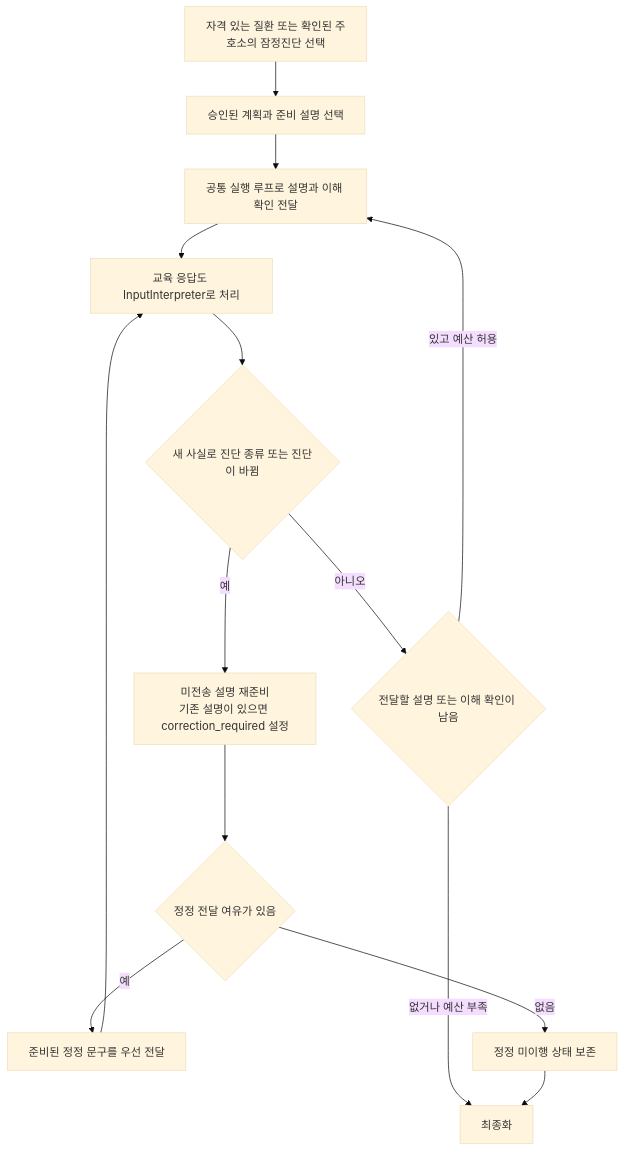
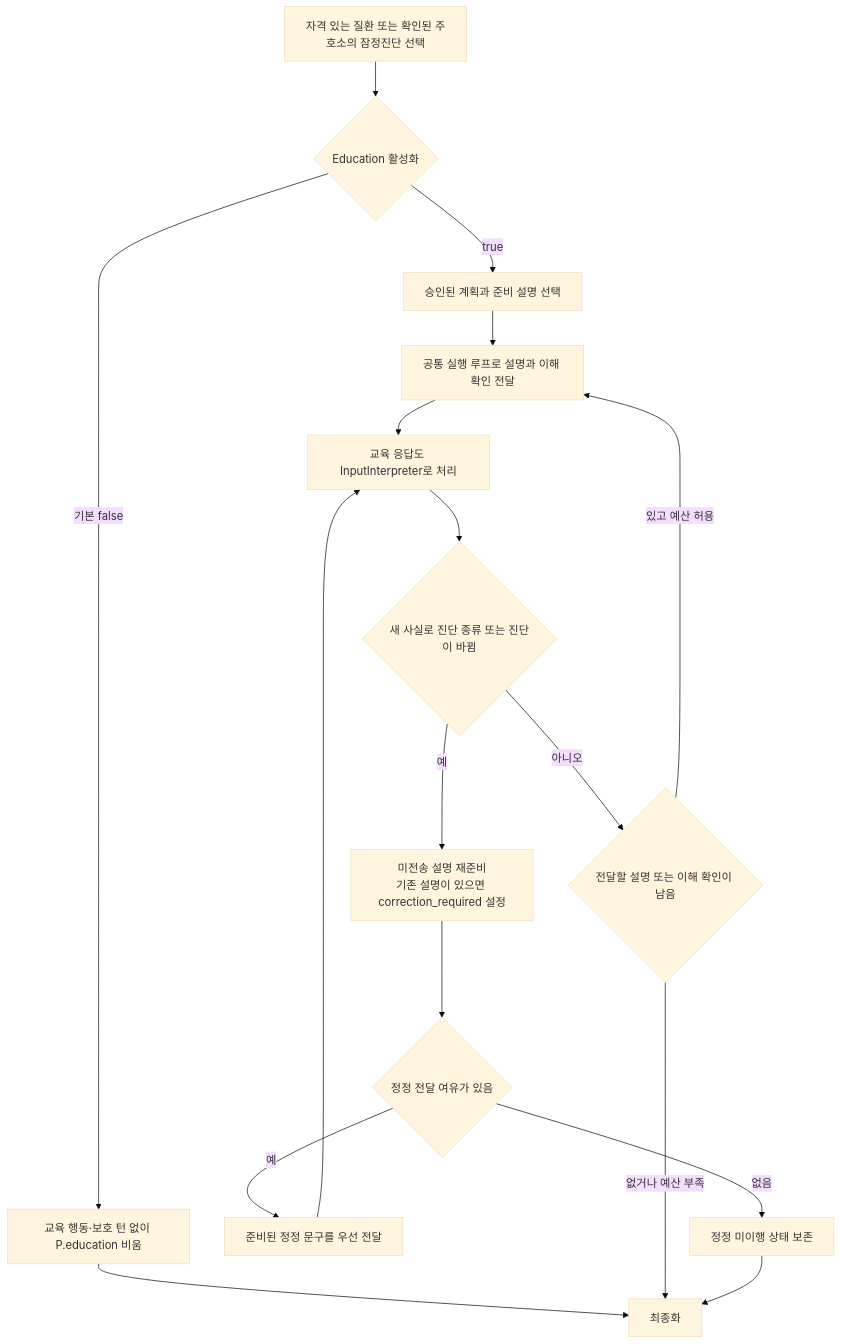
Before and after one commit to devRestain/Ontoward: the sixth of 12 diagrams in submission/README.md, drawn with Mermaid (base theme). The commit also changed other lines of this file and 27 other files, not shown here.

````diff
--- a/submission/README.md
+++ b/submission/README.md
@@ -182,16 +184,19 @@
 ```mermaid
 flowchart TD
-    E0["자격 있는 질환 또는 확인된 주호소의 잠정진단 선택"] --> E1["승인된 계획과 준비 설명 선택"]
+    E0["자격 있는 질환 또는 확인된 주호소의 잠정진단 선택"] --> Enabled{"Education 활성화"}
+    Enabled -->|기본 false| Skip["교육 행동·보호 턴 없이 P.education 비움"]
+    Skip --> E10["최종화"]
+    Enabled -->|true| E1["승인된 계획과 준비 설명 선택"]
     E1 --> E2["공통 실행 루프로 설명과 이해 확인 전달"]
     E2 --> E3["교육 응답도 InputInterpreter로 처리"]
     E3 --> E4{"새 사실로 진단 종류 또는 진단이 바뀜"}
     E4 -->|예| E5["미전송 설명 재준비<br/>기존 설명이 있으면 correction_required 설정"]
     E5 --> E6{"정정 전달 여유가 있음"}
     E6 -->|예| E7["준비된 정정 문구를 우선 전달"]
     E7 --> E3
     E6 -->|없음| E8["정정 미이행 상태 보존"]
     E4 -->|아니오| E9{"전달할 설명 또는 이해 확인이 남음"}
     E9 -->|있고 예산 허용| E2
     E9 -->|없거나 예산 부족| E10["최종화"]
     E8 --> E10
 ```
````
